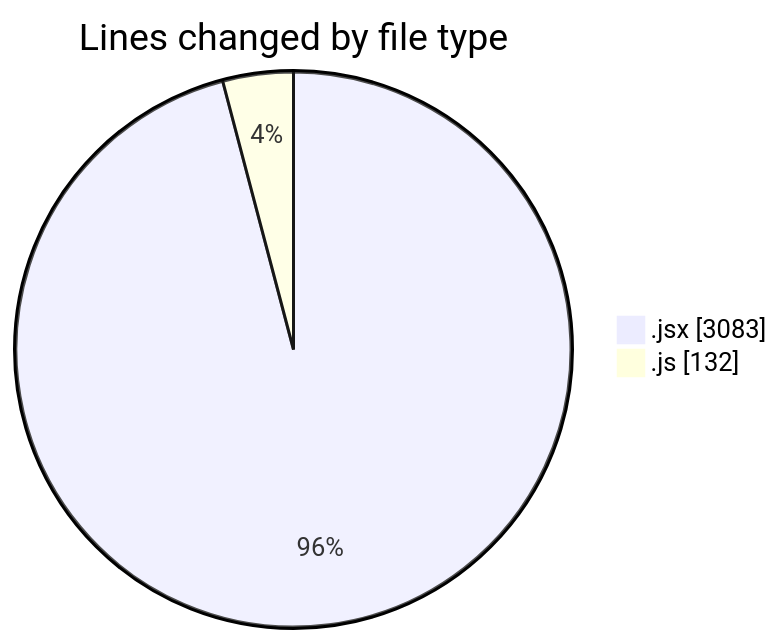
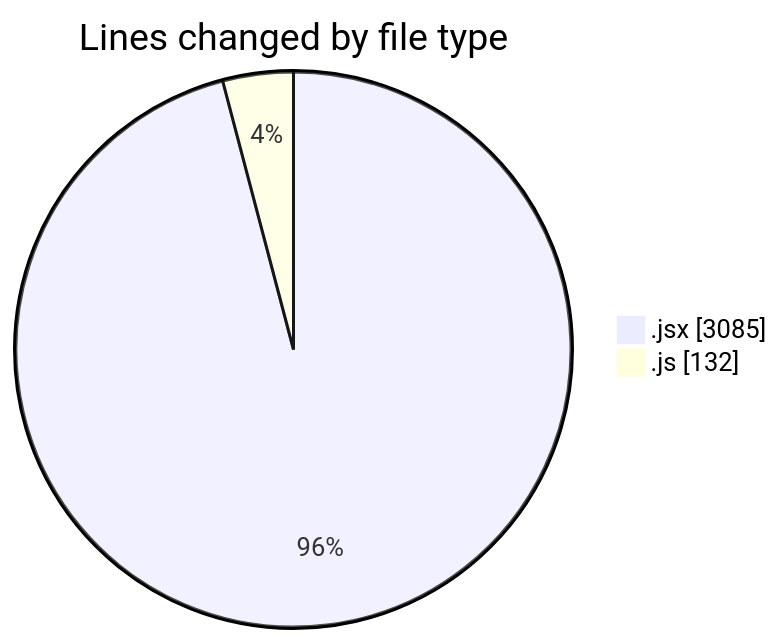
Before and after one commit to nxtqubesakshisongat/code-tracking: the first of 2 diagrams in 2025-08-03/nxtqube_webapp/README.md, drawn with Mermaid. The commit also changed other lines of this file and 1 other file, not shown here.

````diff
--- a/2025-08-03/nxtqube_webapp/README.md
+++ b/2025-08-03/nxtqube_webapp/README.md
@@ -27,6 +27,6 @@
 ```mermaid
 pie showData
 title Lines changed by file type
-".jsx" : 3083
+".jsx" : 3085
 ".js" : 132
 ```
````
